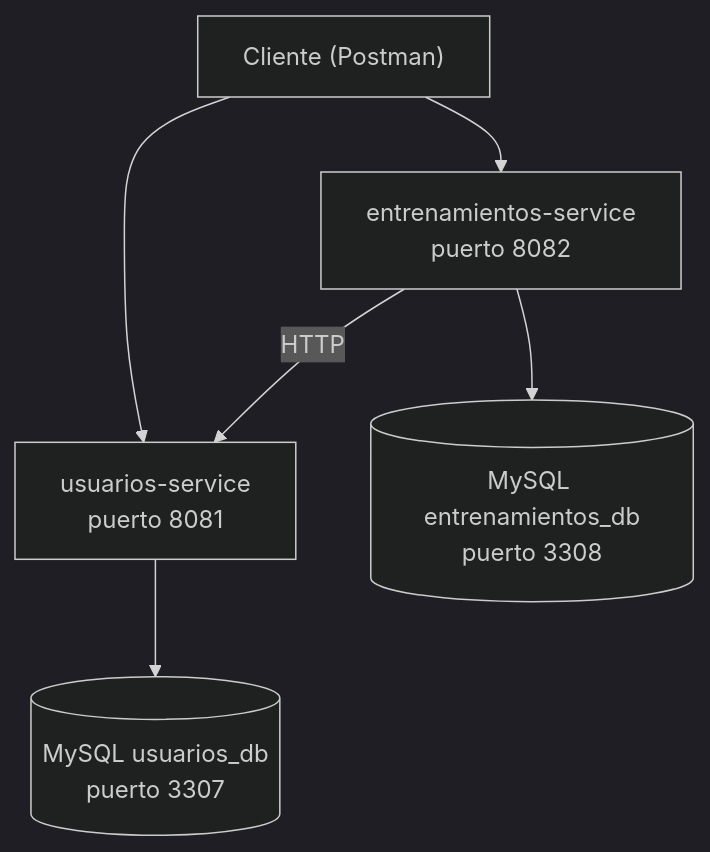
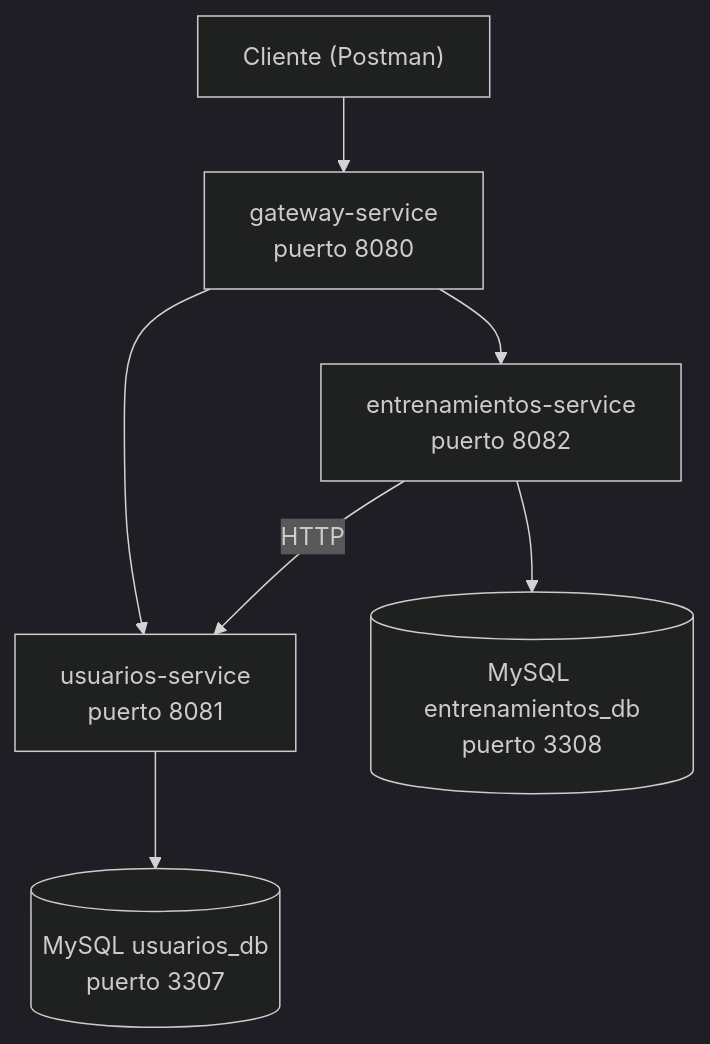
Before and after one commit to AirooSs/training-microservices: the diagram in README.md, drawn with Mermaid (dark theme). The commit also changed other lines of this file and 10 other files, not shown here.

Commit message:
Gateway service mas actualizacion en documentacion

````diff
--- a/README.md
+++ b/README.md
@@ -32,14 +33,16 @@
 ```mermaid
 flowchart TB
     Cliente["Cliente (Postman)"]
+    GW["gateway-service<br/>puerto 8080"]
     US["usuarios-service<br/>puerto 8081"]
     ES["entrenamientos-service<br/>puerto 8082"]
     DBU[("MySQL usuarios_db<br/>puerto 3307")]
     DBE[("MySQL entrenamientos_db<br/>puerto 3308")]
 
-    Cliente --> US
-    Cliente --> ES
+    Cliente --> GW
+    GW --> US
+    GW --> ES
     ES -- HTTP --> US
     US --> DBU
     ES --> DBE
 ```
````
